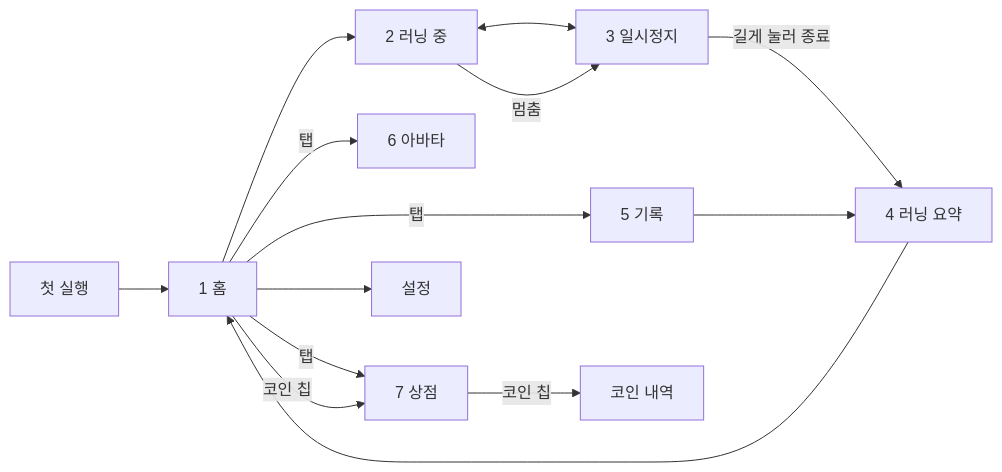
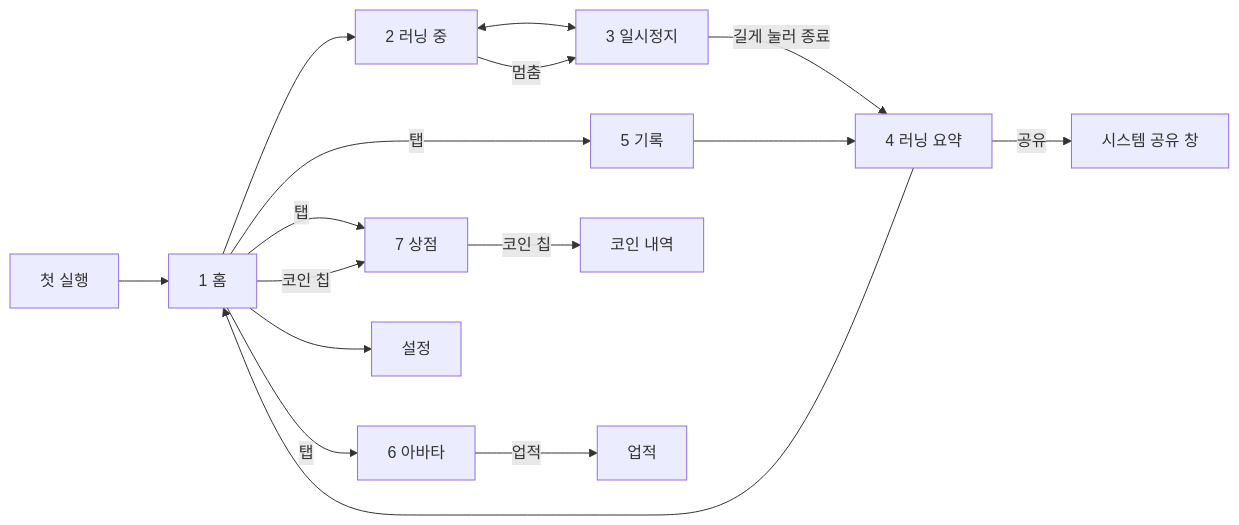
Before and after one commit to dhkim1522/runmagochi: the diagram in docs/screens.md, drawn with Mermaid. The commit also changed other lines of this file and 7 other files, not shown here.

````diff
--- a/docs/screens.md
+++ b/docs/screens.md
@@ -30,16 +31,18 @@
 ```mermaid
 flowchart LR
     Onboard["첫 실행"] --> Home["1 홈"]
     Home --> InRun["2 러닝 중"]
     InRun <--> Paused["3 일시정지"]
     InRun -- "멈춤" --> Paused
     Paused -- "길게 눌러 종료" --> Summary["4 러닝 요약"]
     Summary --> Home
     Home -- "탭" --> Activity["5 기록"]
     Home -- "탭" --> Avatar["6 아바타"]
     Home -- "탭" --> Shop["7 상점"]
     Home -- "코인 칩" --> Shop
     Shop -- "코인 칩" --> Coins["코인 내역"]
+    Avatar -- "업적" --> Achieve["업적"]
+    Summary -- "공유" --> Share["시스템 공유 창"]
     Home --> Settings["설정"]
     Activity --> Summary
 ```
````
